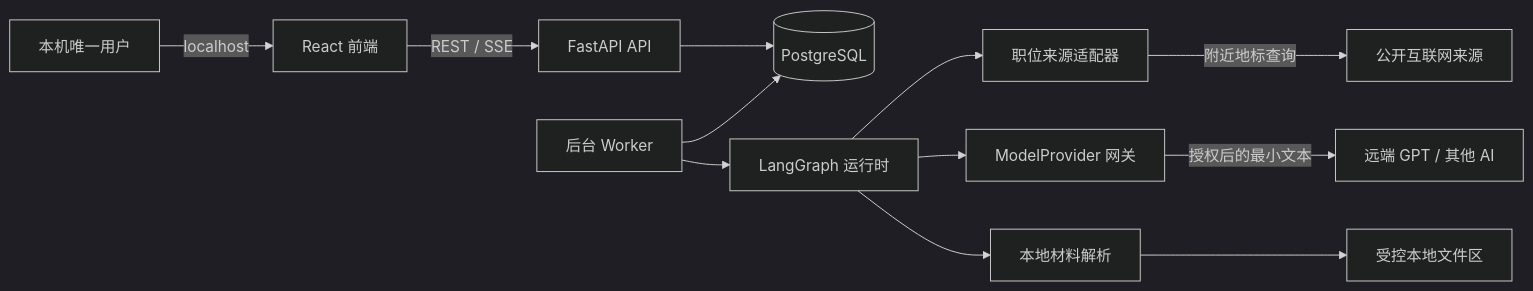
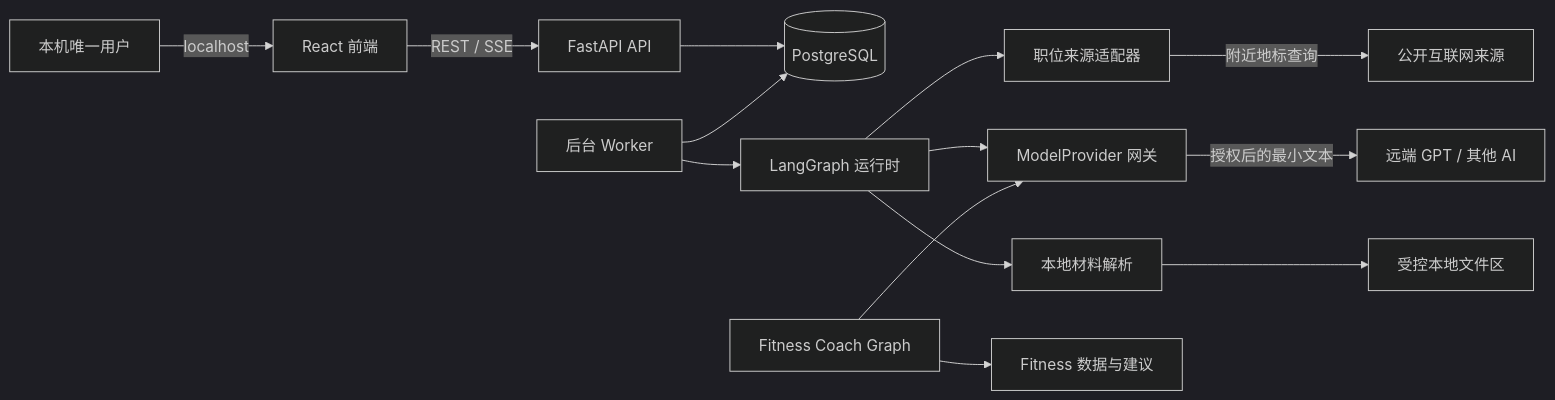
The diagram in goal/architecture.md (ZShining219/miniworld), drawn with Mermaid (dark theme) before and after one commit. The commit also changed other lines of this file and 23 other files, not shown here.

Commit message:
feat: add server-side fitness coach agent

````diff
--- a/goal/architecture.md
+++ b/goal/architecture.md
@@ -29,14 +30,16 @@
 ```mermaid
 flowchart LR
     U["本机唯一用户"] -->|localhost| F["React 前端"]
     F -->|REST / SSE| A["FastAPI API"]
     A --> D[("PostgreSQL")]
     W["后台 Worker"] --> D
     W --> G["LangGraph 运行时"]
     G --> J["职位来源适配器"]
     G --> M["ModelProvider 网关"]
     G --> P["本地材料解析"]
     J -->|附近地标查询| WEB["公开互联网来源"]
     M -->|授权后的最小文本| LLM["远端 GPT / 其他 AI"]
     P --> FS["受控本地文件区"]
+    FC["Fitness Coach Graph"] --> FD["Fitness 数据与建议"]
+    FC --> M
 ```
````
